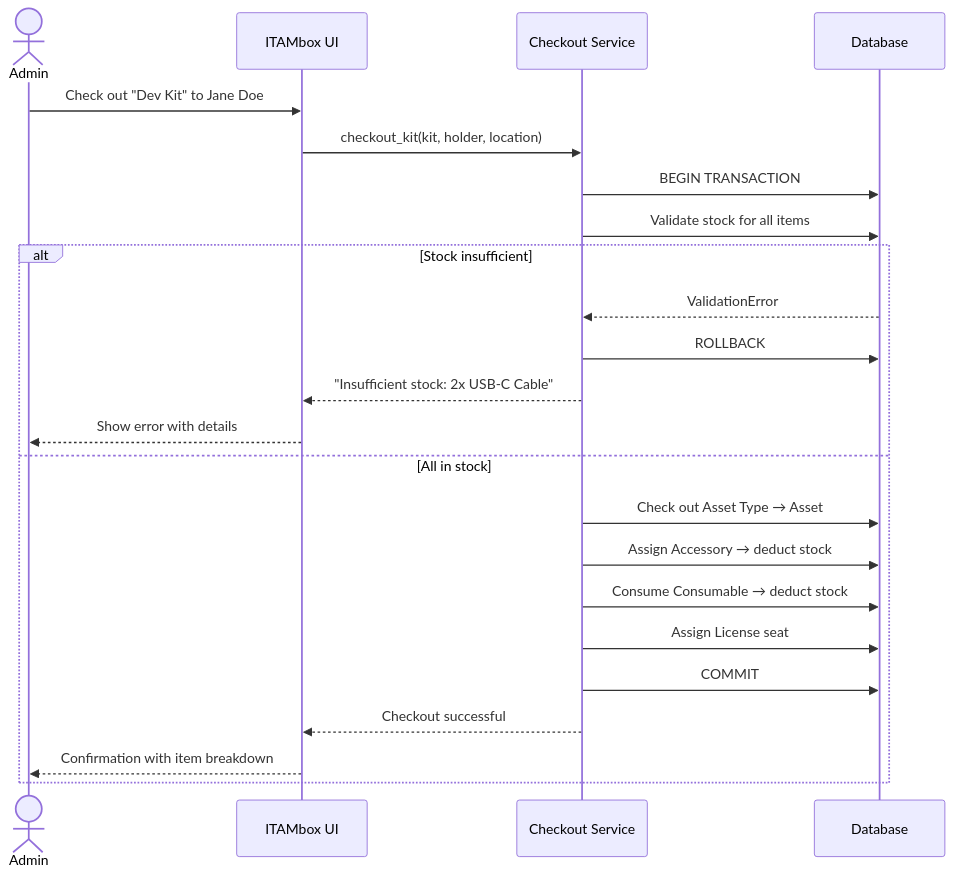
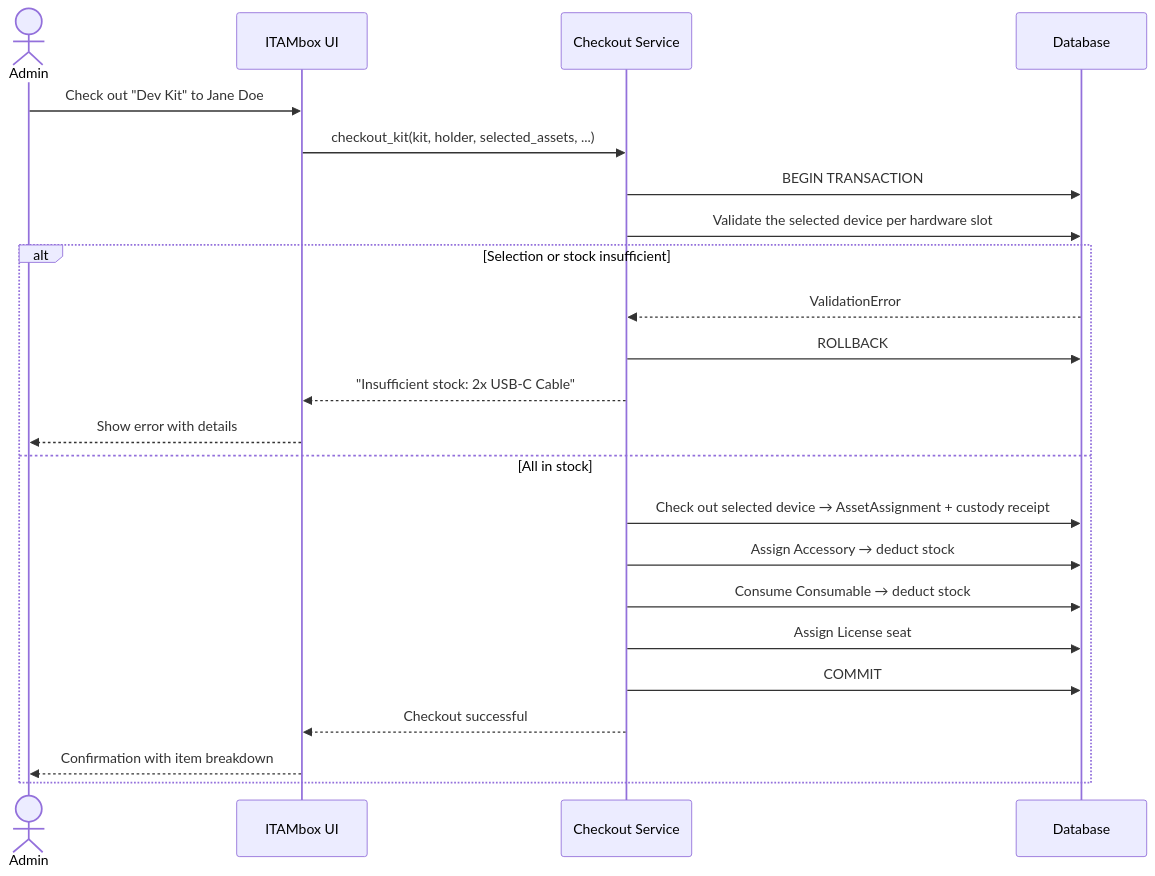
Before and after one commit to itambox/itambox-webapp: the first of 3 diagrams in itambox/docs/usage/kits-and-components.md, drawn with Mermaid. The commit also changed other lines of this file and 15 other files, not shown here.

First line of the commit message:
fix(inventory): align kit checkout with individual asset obligations (#523)

````diff
--- a/itambox/docs/usage/kits-and-components.md
+++ b/itambox/docs/usage/kits-and-components.md
@@ -75,26 +75,26 @@
 ```mermaid
 sequenceDiagram
     actor Admin
     participant UI as ITAMbox UI
     participant Service as Checkout Service
     participant DB as Database
 
     Admin->>UI: Check out "Dev Kit" to Jane Doe
-    UI->>Service: checkout_kit(kit, holder, location)
+    UI->>Service: checkout_kit(kit, holder, selected_assets, ...)
     Service->>DB: BEGIN TRANSACTION
-    Service->>DB: Validate stock for all items
-    alt Stock insufficient
+    Service->>DB: Validate the selected device per hardware slot
+    alt Selection or stock insufficient
         DB-->>Service: ValidationError
         Service->>DB: ROLLBACK
         Service-->>UI: "Insufficient stock: 2x USB-C Cable"
         UI-->>Admin: Show error with details
     else All in stock
-        Service->>DB: Check out Asset Type → Asset
+        Service->>DB: Check out selected device → AssetAssignment + custody receipt
         Service->>DB: Assign Accessory → deduct stock
         Service->>DB: Consume Consumable → deduct stock
         Service->>DB: Assign License seat
         Service->>DB: COMMIT
         Service-->>UI: Checkout successful
         UI-->>Admin: Confirmation with item breakdown
     end
 ```
````
